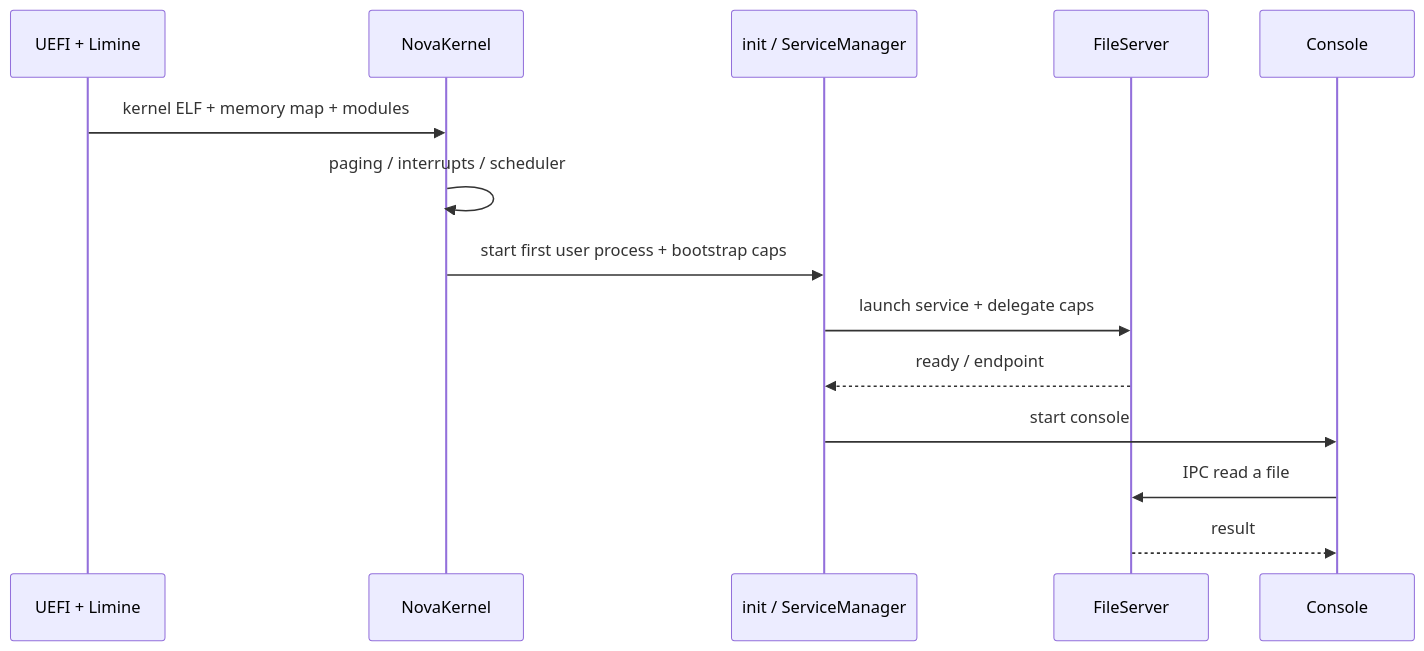
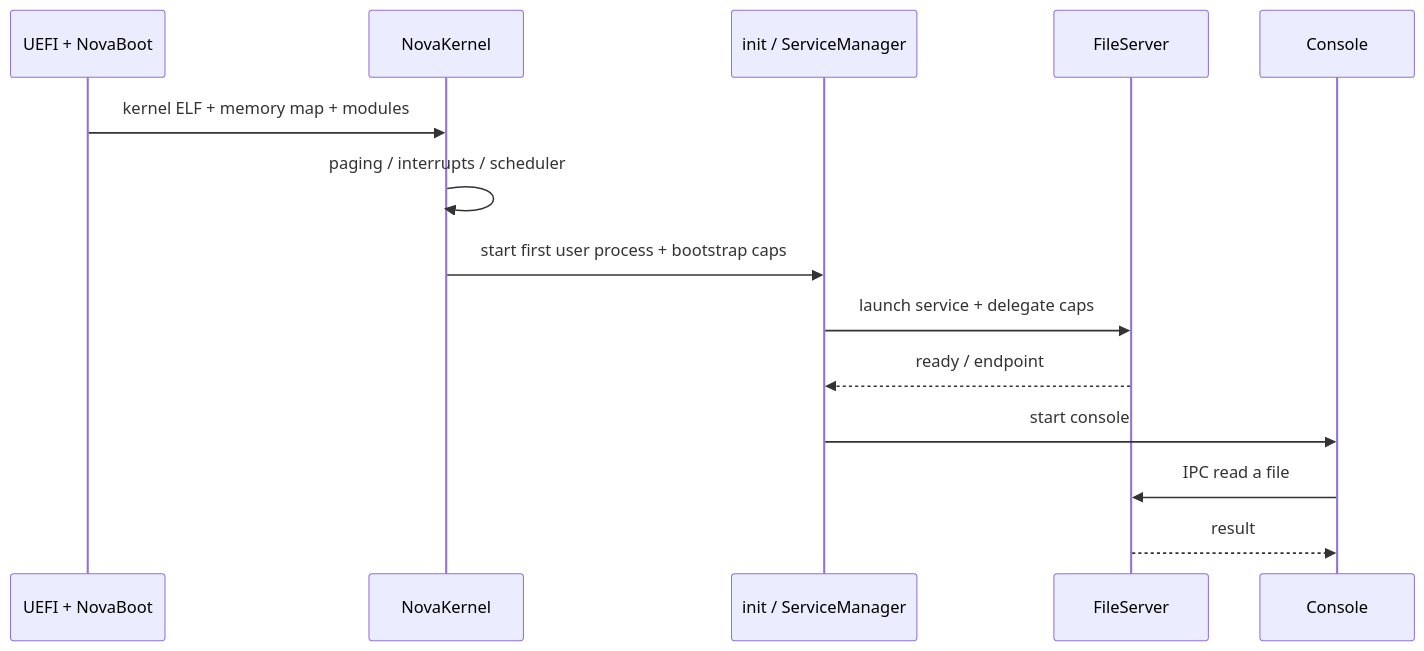
The second of 2 diagrams in README.md (MobtgZhang/NovaOS), drawn with Mermaid before and after one commit. The commit also changed other lines of this file and 2 other files, not shown here.

First line of the commit message:
docs(readme): show the two screenshots and document NovaOS Desktop

````diff
--- a/README.md
+++ b/README.md
@@ -55,16 +63,16 @@
 ```mermaid
 sequenceDiagram
-    participant B as UEFI + Limine
+    participant B as UEFI + NovaBoot
     participant K as NovaKernel
     participant I as init / ServiceManager
     participant F as FileServer
     participant C as Console
     B->>K: kernel ELF + memory map + modules
     K->>K: paging / interrupts / scheduler
     K->>I: start first user process + bootstrap caps
     I->>F: launch service + delegate caps
     F-->>I: ready / endpoint
     I->>C: start console
     C->>F: IPC read a file
     F-->>C: result
 ```
````
